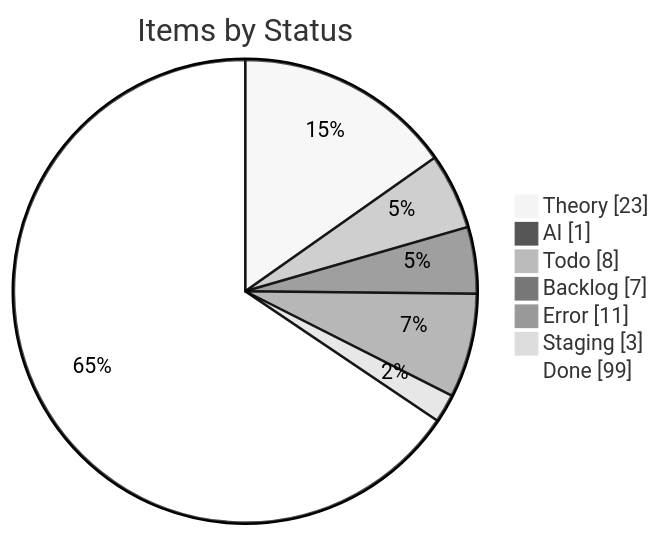
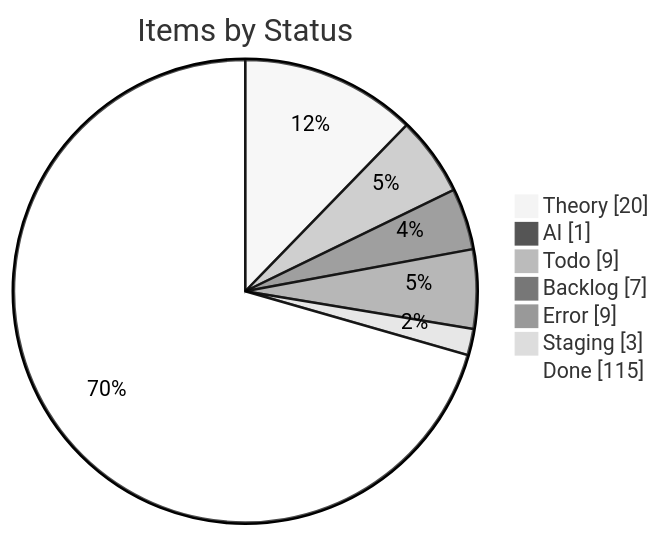
One commit to KBVE/kbve changed the first of 4 diagrams in apps/kbve/astro-kbve/src/content/docs/dashboard/kanban-data.mdx. Above: the diagram before and after it, drawn with Mermaid (neutral theme). The commit also changed other lines of this file and 8 other files, not shown here.

````diff
--- a/apps/kbve/astro-kbve/src/content/docs/dashboard/kanban-data.mdx
+++ b/apps/kbve/astro-kbve/src/content/docs/dashboard/kanban-data.mdx
@@ -55,11 +55,11 @@
 ```mermaid
 pie showData
     title Items by Status
-    "Theory" : 23
+    "Theory" : 20
     "AI" : 1
-    "Todo" : 8
+    "Todo" : 9
     "Backlog" : 7
-    "Error" : 11
+    "Error" : 9
     "Staging" : 3
-    "Done" : 99
+    "Done" : 115
 ```
````
